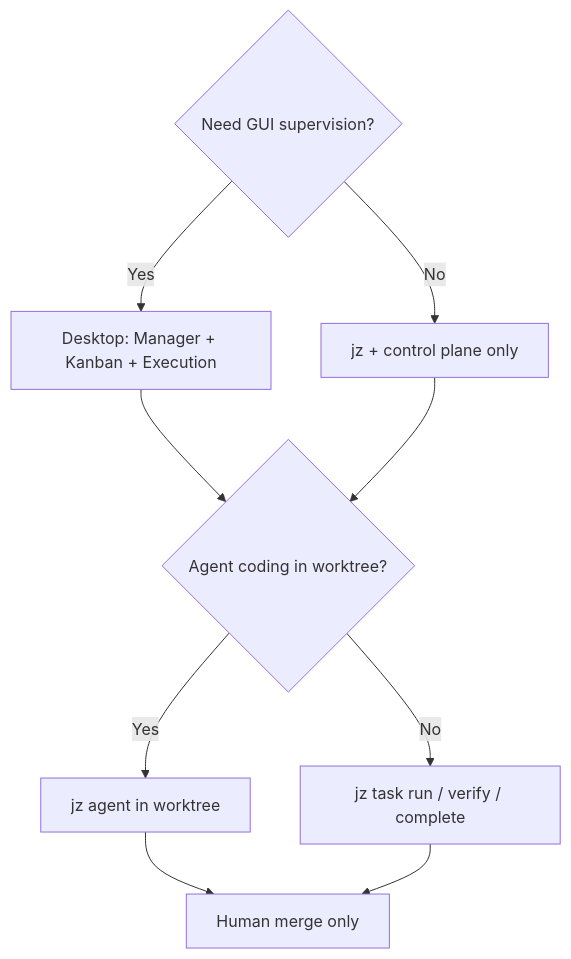
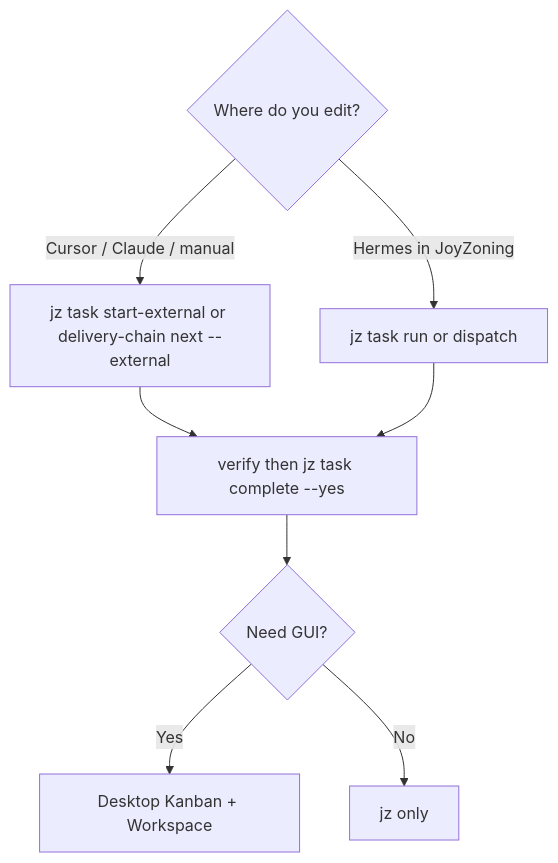
Before and after one commit to CardSorting/JoyZoning: the diagram in docs/use-cases.md, drawn with Mermaid. The commit also changed other lines of this file and 10 other files, not shown here.

````diff
--- a/docs/use-cases.md
+++ b/docs/use-cases.md
@@ -148,12 +182,12 @@
 ```mermaid
 flowchart TD
-  Q1{Need GUI supervision?}
-  Q1 -->|Yes| UI[Desktop: Manager + Kanban + Execution]
-  Q1 -->|No| CLI[jz + control plane only]
-  UI --> Q2{Agent coding in worktree?}
-  CLI --> Q2
-  Q2 -->|Yes| AG[jz agent in worktree]
-  Q2 -->|No| OP[jz task run / verify / complete]
-  AG --> MERGE[Human merge only]
-  OP --> MERGE
+  Q0{Where do you edit?}
+  Q0 -->|Cursor / Claude / manual| EXT[jz task start-external or delivery-chain next --external]
+  Q0 -->|Hermes in JoyZoning| MAN[jz task run or dispatch]
+  EXT --> MERGE[verify then jz task complete --yes]
+  MAN --> MERGE
+  Q1{Need GUI?}
+  MERGE --> Q1
+  Q1 -->|Yes| UI[Desktop Kanban + Workspace]
+  Q1 -->|No| CLI[jz only]
 ```
````
